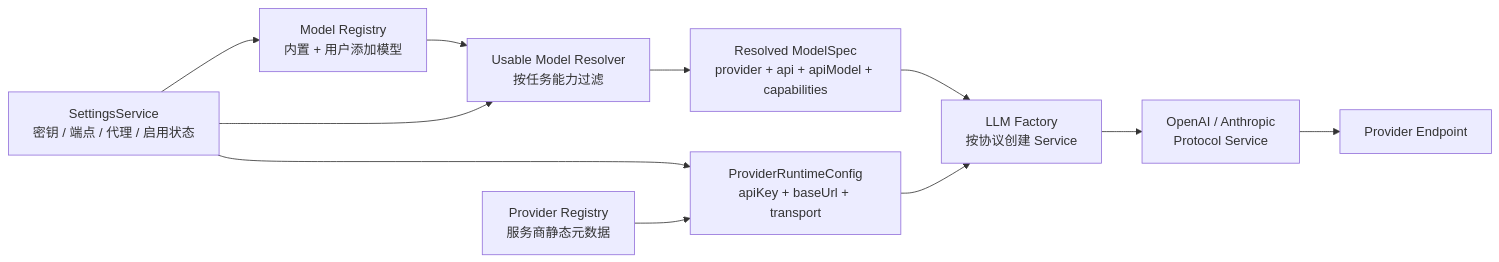
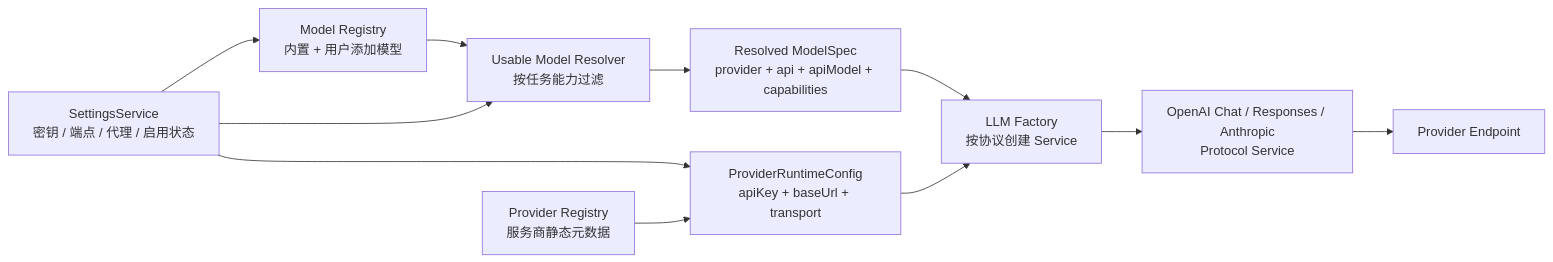
Before and after one commit to WakeUp-Jin/actspace-agent: the diagram in docs/design-docs/model-context/agent-multi-provider-llm.md, drawn with Mermaid. The commit also changed other lines of this file and 81 other files, not shown here.

````diff
--- a/docs/design-docs/model-context/agent-multi-provider-llm.md
+++ b/docs/design-docs/model-context/agent-multi-provider-llm.md
@@ -87,23 +88,23 @@
 ```mermaid
 flowchart LR
   Settings["SettingsService\n密钥 / 端点 / 代理 / 启用状态"]
   ProviderRegistry["Provider Registry\n服务商静态元数据"]
   ModelRegistry["Model Registry\n内置 + 用户添加模型"]
   Resolver["Usable Model Resolver\n按任务能力过滤"]
   ModelSpec["Resolved ModelSpec\nprovider + api + apiModel + capabilities"]
   Runtime["ProviderRuntimeConfig\napiKey + baseUrl + transport"]
   Factory["LLM Factory\n按协议创建 Service"]
-  Protocol["OpenAI / Anthropic\nProtocol Service"]
+  Protocol["OpenAI Chat / Responses / Anthropic\nProtocol Service"]
   Endpoint["Provider Endpoint"]
 
   Settings --> Runtime
   Settings --> ModelRegistry
   ProviderRegistry --> Runtime
   ModelRegistry --> Resolver
   Settings --> Resolver
   Resolver --> ModelSpec
   ModelSpec --> Factory
   Runtime --> Factory
   Factory --> Protocol
   Protocol --> Endpoint
 ```
````
